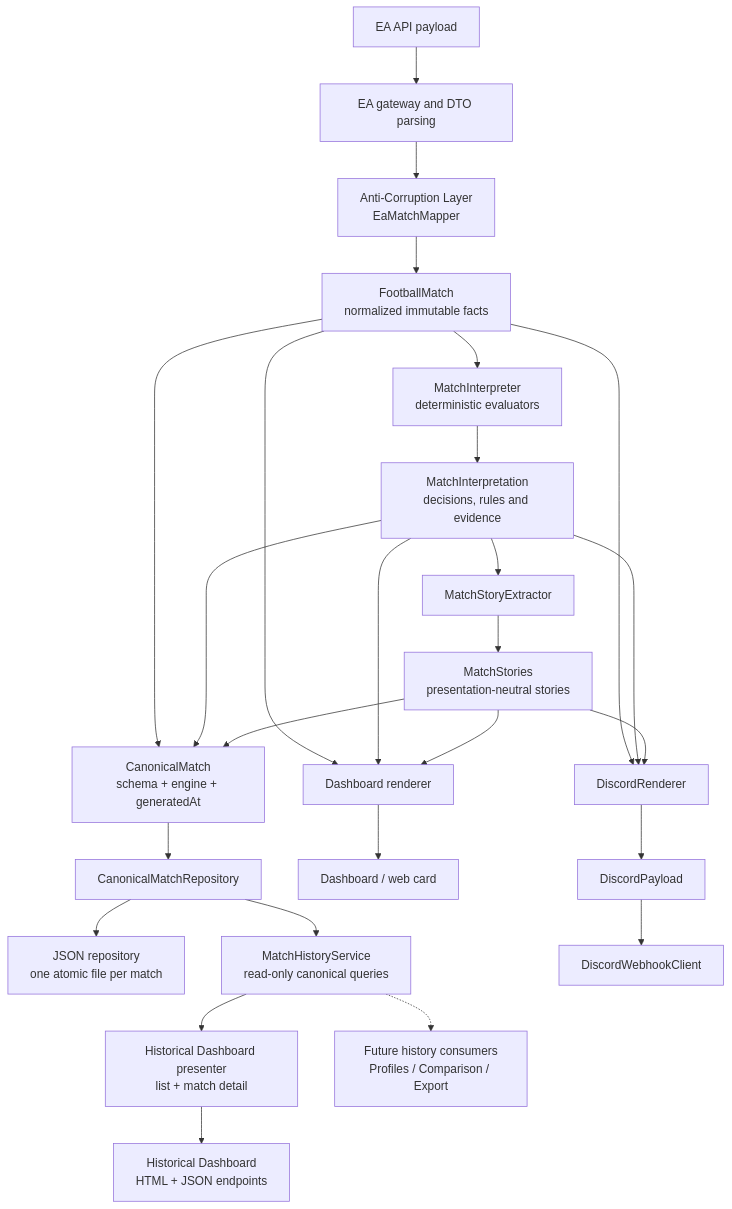
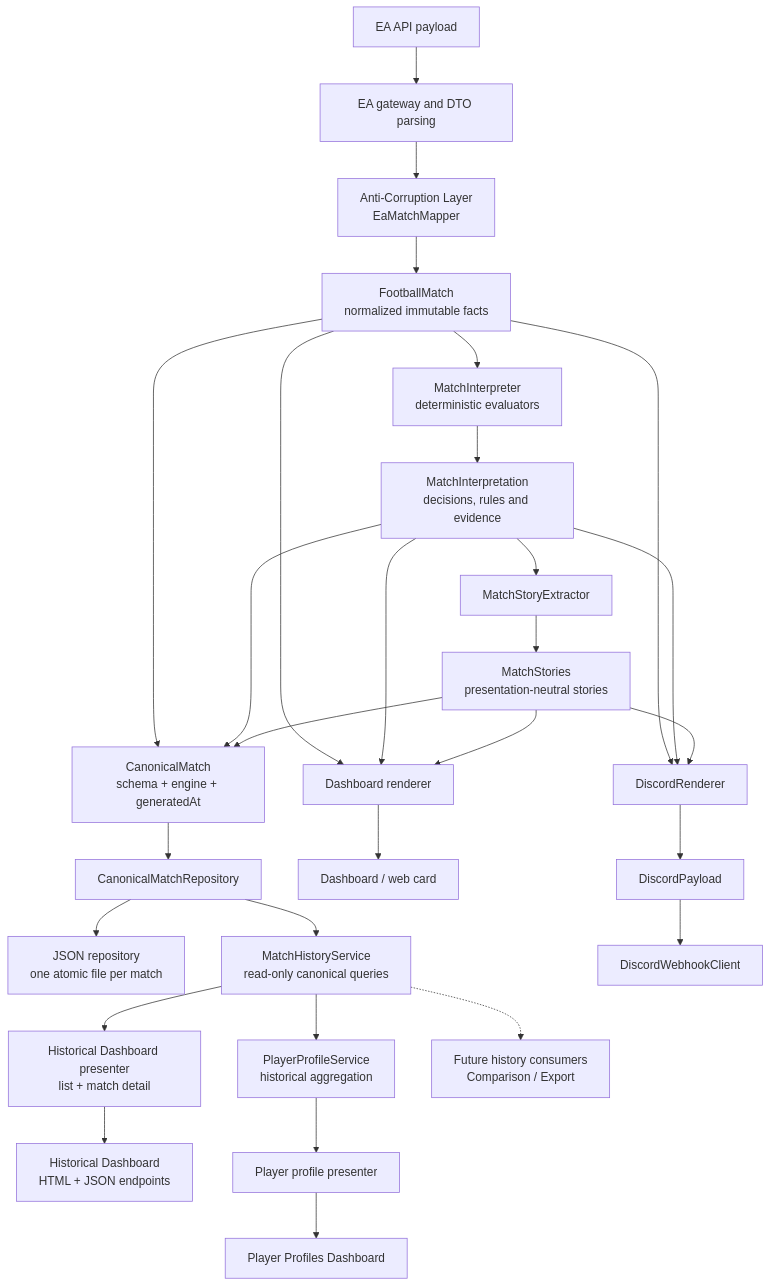
The diagram in docs/architecture.md (douglas-borba/eafc26-discord-stats), drawn with Mermaid before and after one commit. The commit also changed other lines of this file and 10 other files, not shown here.

Commit message:
feat: add historical player profiles

````diff
--- a/docs/architecture.md
+++ b/docs/architecture.md
@@ -13,28 +13,31 @@
 ```mermaid
 flowchart TD
     EA["EA API payload"] --> GW["EA gateway and DTO parsing"]
     GW --> ACL["Anti-Corruption Layer<br/>EaMatchMapper"]
     ACL --> FM["FootballMatch<br/>normalized immutable facts"]
     FM --> MI["MatchInterpreter<br/>deterministic evaluators"]
     MI --> INT["MatchInterpretation<br/>decisions, rules and evidence"]
     INT --> SE["MatchStoryExtractor"]
     SE --> MS["MatchStories<br/>presentation-neutral stories"]
     FM --> CM["CanonicalMatch<br/>schema + engine + generatedAt"]
     INT --> CM
     MS --> CM
     CM --> PORT["CanonicalMatchRepository"]
     PORT --> JSON["JSON repository<br/>one atomic file per match"]
     PORT --> HIST["MatchHistoryService<br/>read-only canonical queries"]
     HIST --> HDASH["Historical Dashboard presenter<br/>list + match detail"]
     HDASH --> HWEB["Historical Dashboard<br/>HTML + JSON endpoints"]
-    HIST -.-> FUTURE["Future history consumers<br/>Profiles / Comparison / Export"]
+    HIST --> PROFILE["PlayerProfileService<br/>historical aggregation"]
+    PROFILE --> PVIEW["Player profile presenter"]
+    PVIEW --> PWEB["Player Profiles Dashboard"]
+    HIST -.-> FUTURE["Future history consumers<br/>Comparison / Export"]
     FM --> DASH["Dashboard renderer"]
     INT --> DASH
     MS --> DASH
     FM --> DISC["DiscordRenderer"]
     INT --> DISC
     MS --> DISC
     DASH --> WEB["Dashboard / web card"]
     DISC --> PAYLOAD["DiscordPayload"]
     PAYLOAD --> HOOK["DiscordWebhookClient"]
 ```
````
